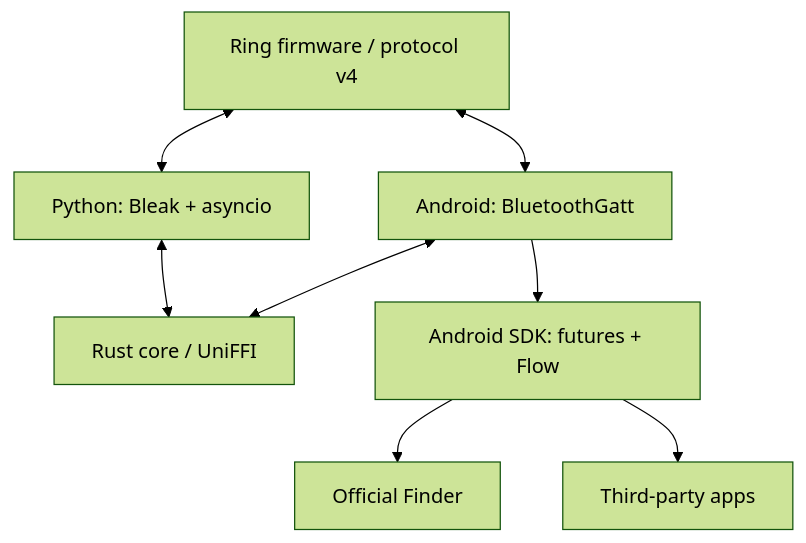
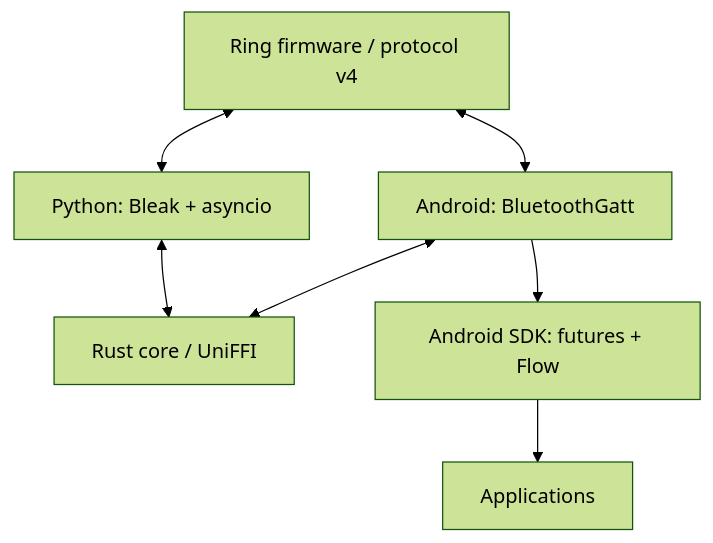
The diagram in README.md (ziloai/libopenzilo), drawn with Mermaid (forest theme) before and after one commit. The commit also changed other lines of this file and 7 other files, not shown here.

````diff
--- a/README.md
+++ b/README.md
@@ -24,10 +24,9 @@
 ```mermaid
 flowchart TB
   R[Ring firmware / protocol v4] <--> P[Python: Bleak + asyncio]
   R <--> A[Android: BluetoothGatt]
   P <--> C[Rust core / UniFFI]
   A <--> C
   A --> S[Android SDK: futures + Flow]
-  S --> F[Official Finder]
-  S --> T[Third-party apps]
+  S --> T[Applications]
 ```
````
